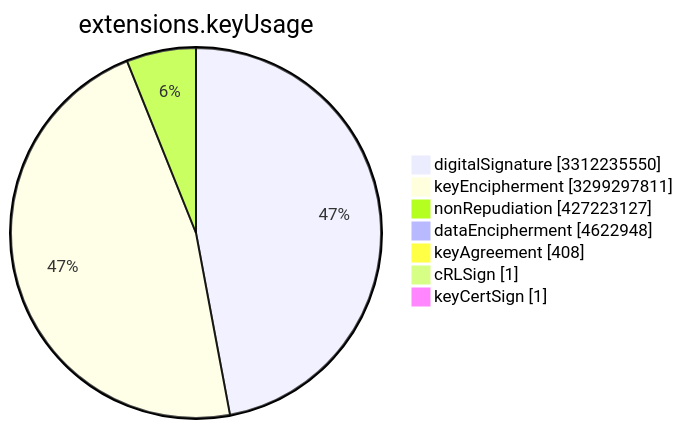
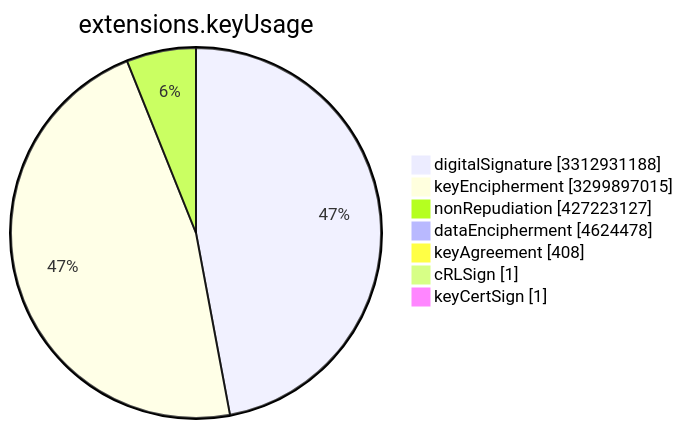
One commit to christiankrug/ctmonitor_visualization changed the sixth of 15 diagrams in TOTAL/README.md. Above: the diagram before and after it, drawn with Mermaid. The commit also changed other lines of this file, not shown here.

````diff
--- a/TOTAL/README.md
+++ b/TOTAL/README.md
@@ -3078,11 +3078,11 @@
 ```mermaid
 pie showData
 title extensions.keyUsage
-"digitalSignature" :3312235550
-"keyEncipherment" :3299297811
+"digitalSignature" :3312931188
+"keyEncipherment" :3299897015
 "nonRepudiation" :427223127
-"dataEncipherment" :4622948
+"dataEncipherment" :4624478
 "keyAgreement" :408
 "cRLSign" :1
 "keyCertSign" :1
 ```
````
